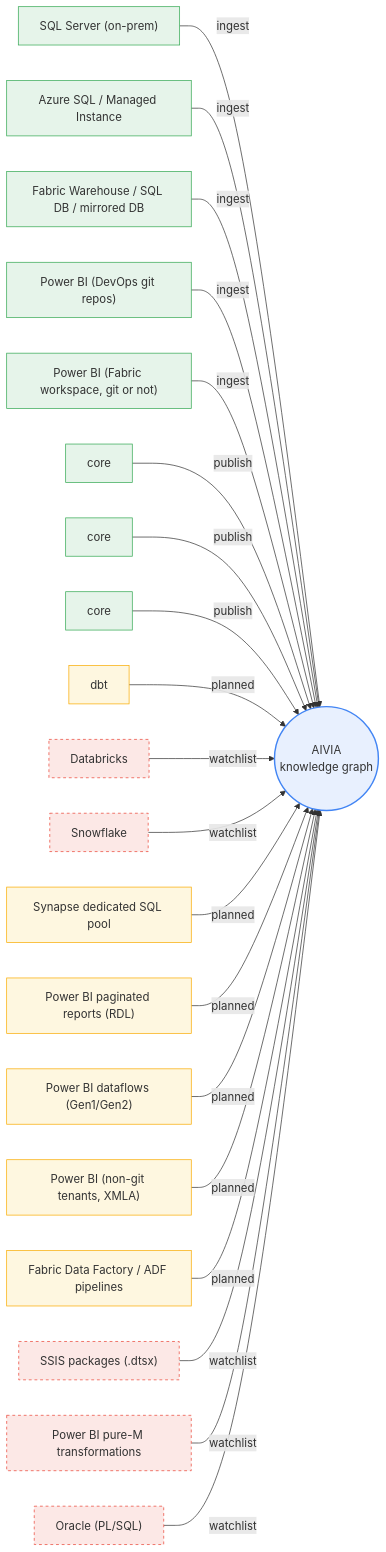
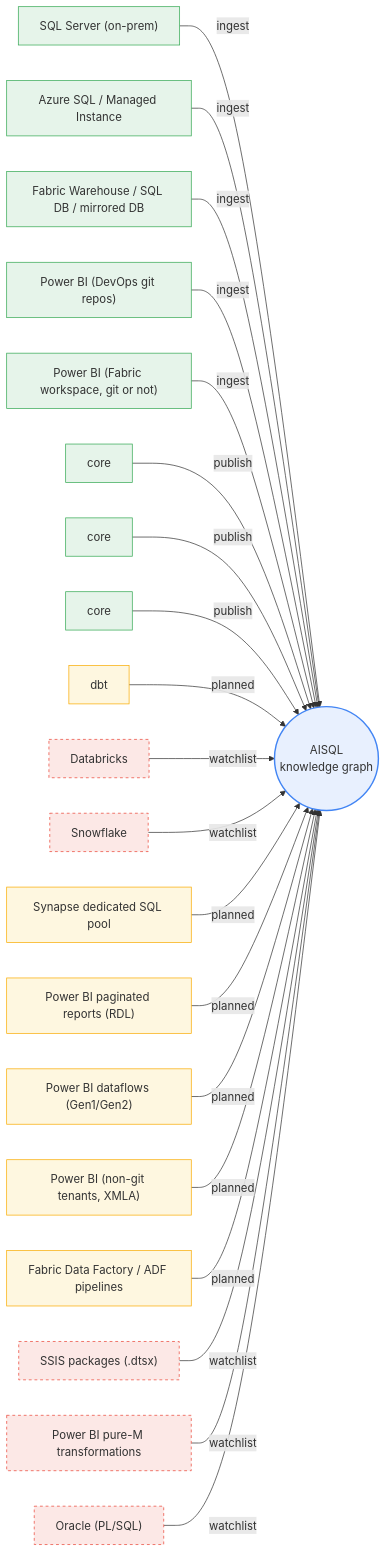
One commit to sunnyzhengai/sql-query-agent changed the diagram in docs/architecture/INTEGRATION_MAP.md. Above: the diagram before and after it, drawn with Mermaid. The commit also changed 264 other files, not shown here.

````diff
--- a/docs/architecture/INTEGRATION_MAP.md
+++ b/docs/architecture/INTEGRATION_MAP.md
@@ -18,46 +18,46 @@
 ```mermaid
 flowchart LR
-  AIVIA(("AIVIA<br/>knowledge graph")):::core
+  AISQL(("AISQL<br/>knowledge graph")):::core
   T0["SQL Server (on-prem)"]:::shipped
-  T0 -->|ingest| AIVIA
+  T0 -->|ingest| AISQL
   T1["Azure SQL / Managed Instance"]:::shipped
-  T1 -->|ingest| AIVIA
+  T1 -->|ingest| AISQL
   T2["Fabric Warehouse / SQL DB / mirrored DB"]:::shipped
-  T2 -->|ingest| AIVIA
+  T2 -->|ingest| AISQL
   T3["Power BI (DevOps git repos)"]:::shipped
-  T3 -->|ingest| AIVIA
+  T3 -->|ingest| AISQL
   T4["Power BI (Fabric workspace, git or not)"]:::shipped
-  T4 -->|ingest| AIVIA
+  T4 -->|ingest| AISQL
   T5["core"]:::shipped
-  T5 -->|publish| AIVIA
+  T5 -->|publish| AISQL
   T6["core"]:::shipped
-  T6 -->|publish| AIVIA
+  T6 -->|publish| AISQL
   T7["core"]:::shipped
-  T7 -->|publish| AIVIA
+  T7 -->|publish| AISQL
   T8["dbt"]:::planned
-  T8 -->|planned| AIVIA
+  T8 -->|planned| AISQL
   T9["Databricks"]:::watchlist
-  T9 -->|watchlist| AIVIA
+  T9 -->|watchlist| AISQL
   T10["Snowflake"]:::watchlist
-  T10 -->|watchlist| AIVIA
+  T10 -->|watchlist| AISQL
   T11["Synapse dedicated SQL pool"]:::planned
-  T11 -->|planned| AIVIA
+  T11 -->|planned| AISQL
   T12["Power BI paginated reports (RDL)"]:::planned
-  T12 -->|planned| AIVIA
+  T12 -->|planned| AISQL
   T13["Power BI dataflows (Gen1/Gen2)"]:::planned
-  T13 -->|planned| AIVIA
+  T13 -->|planned| AISQL
   T14["Power BI (non-git tenants, XMLA)"]:::planned
-  T14 -->|planned| AIVIA
+  T14 -->|planned| AISQL
   T15["Fabric Data Factory / ADF pipelines"]:::planned
-  T15 -->|planned| AIVIA
+  T15 -->|planned| AISQL
   T16["SSIS packages (.dtsx)"]:::watchlist
-  T16 -->|watchlist| AIVIA
+  T16 -->|watchlist| AISQL
   T17["Power BI pure-M transformations"]:::watchlist
-  T17 -->|watchlist| AIVIA
+  T17 -->|watchlist| AISQL
   T18["Oracle (PL/SQL)"]:::watchlist
-  T18 -->|watchlist| AIVIA
+  T18 -->|watchlist| AISQL
   classDef core fill:#e8f0fe,stroke:#4285f4,stroke-width:2px
   classDef shipped fill:#e6f4ea,stroke:#34a853
   classDef planned fill:#fef7e0,stroke:#f9ab00
   classDef watchlist fill:#fce8e6,stroke:#ea4335,stroke-dasharray: 4
 ```
````
